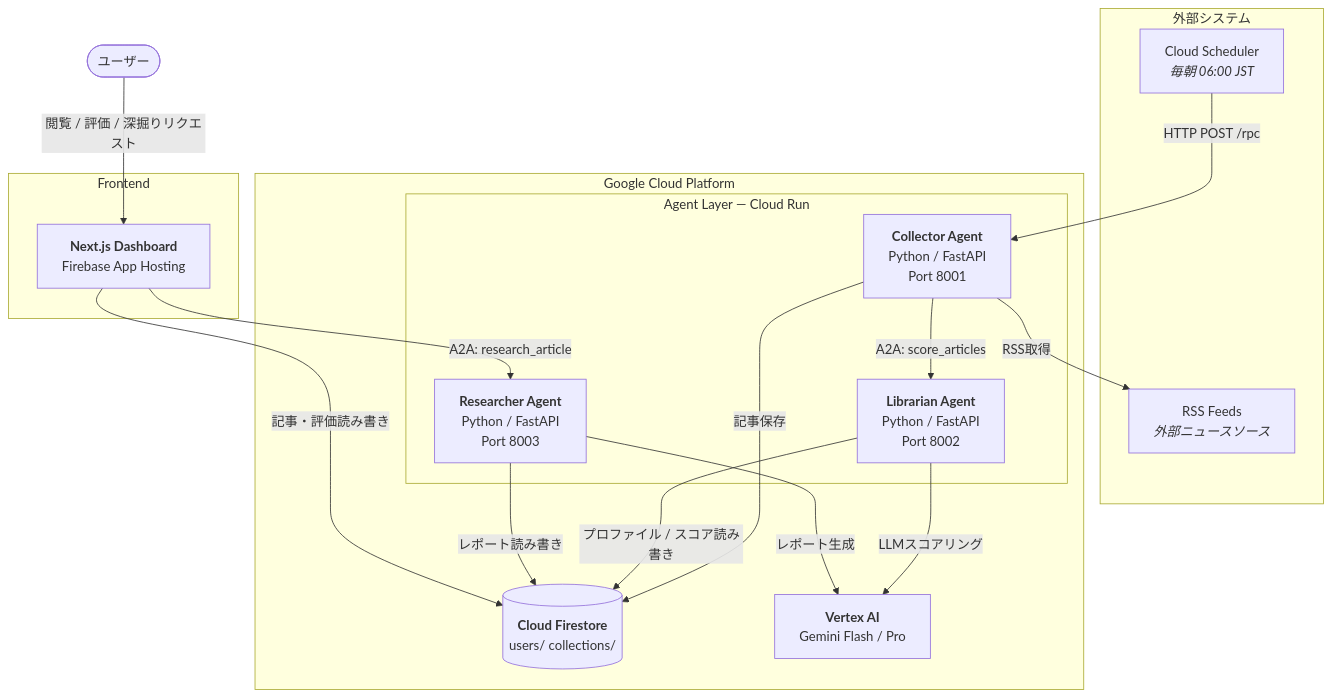
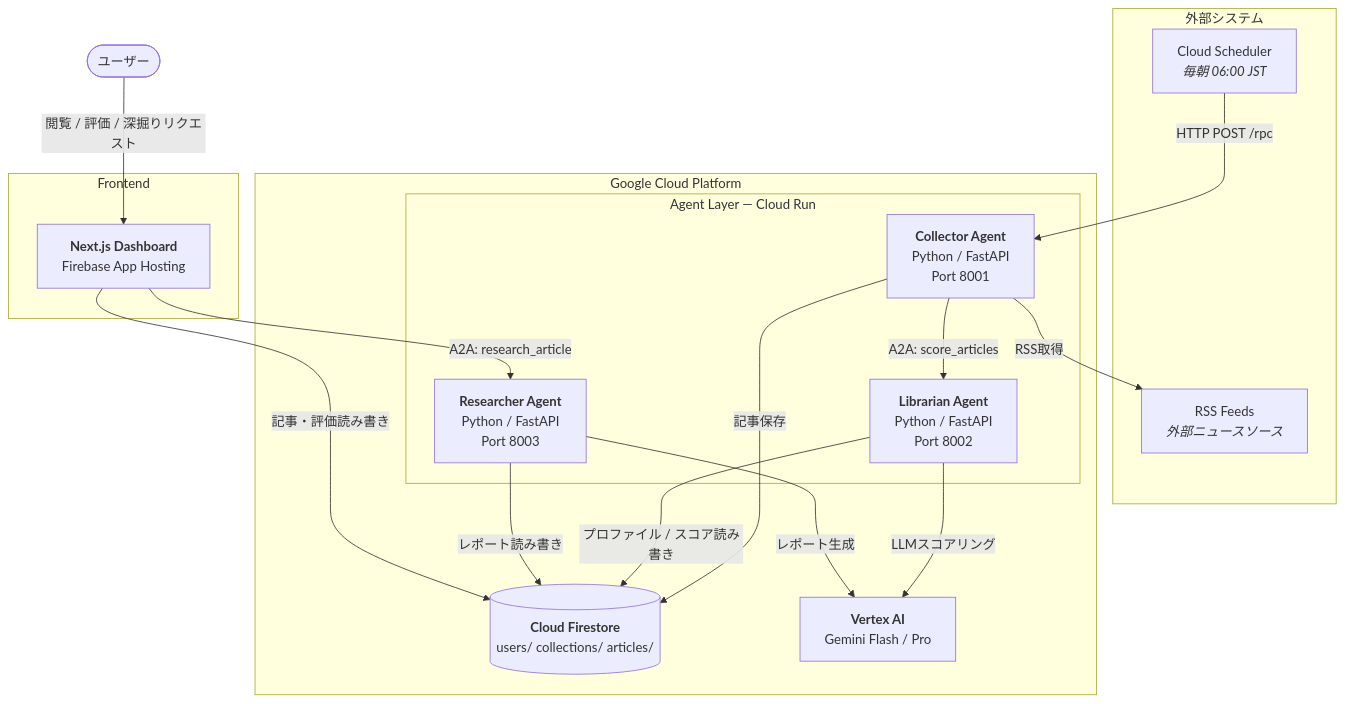
The first of 2 diagrams in docs/backend/implementation.md (Renz0043/curation-persona), drawn with Mermaid before and after one commit. The commit also changed other lines of this file and 6 other files, not shown here.

````diff
--- a/docs/backend/implementation.md
+++ b/docs/backend/implementation.md
@@ -46,36 +46,36 @@
 ```mermaid
 graph TB
     subgraph external ["外部システム"]
         Scheduler["Cloud Scheduler<br/><i>毎朝 06:00 JST</i>"]
         RSS["RSS Feeds<br/><i>外部ニュースソース</i>"]
     end
 
     subgraph gcp ["Google Cloud Platform"]
         subgraph agents ["Agent Layer — Cloud Run"]
             Collector["<b>Collector Agent</b><br/>Python / FastAPI<br/>Port 8001"]
             Librarian["<b>Librarian Agent</b><br/>Python / FastAPI<br/>Port 8002"]
             Researcher["<b>Researcher Agent</b><br/>Python / FastAPI<br/>Port 8003"]
         end
 
-        Firestore[("<b>Cloud Firestore</b><br/>users/ collections/")]
+        Firestore[("<b>Cloud Firestore</b><br/>users/ collections/ articles/")]
         VertexAI["<b>Vertex AI</b><br/>Gemini Flash / Pro"]
     end
 
     subgraph frontend ["Frontend"]
         Dashboard["<b>Next.js Dashboard</b><br/>Firebase App Hosting"]
     end
 
     User(["ユーザー"])
 
     Scheduler -- "HTTP POST /rpc" --> Collector
     Collector -- "RSS取得" --> RSS
     Collector -- "A2A: score_articles" --> Librarian
     Collector -- "記事保存" --> Firestore
     Librarian -- "プロファイル / スコア読み書き" --> Firestore
     Librarian -- "LLMスコアリング" --> VertexAI
     Dashboard -- "A2A: research_article" --> Researcher
     Researcher -- "レポート読み書き" --> Firestore
     Researcher -- "レポート生成" --> VertexAI
     User -- "閲覧 / 評価 / 深掘りリクエスト" --> Dashboard
     Dashboard -- "記事・評価読み書き" --> Firestore
 ```
````
